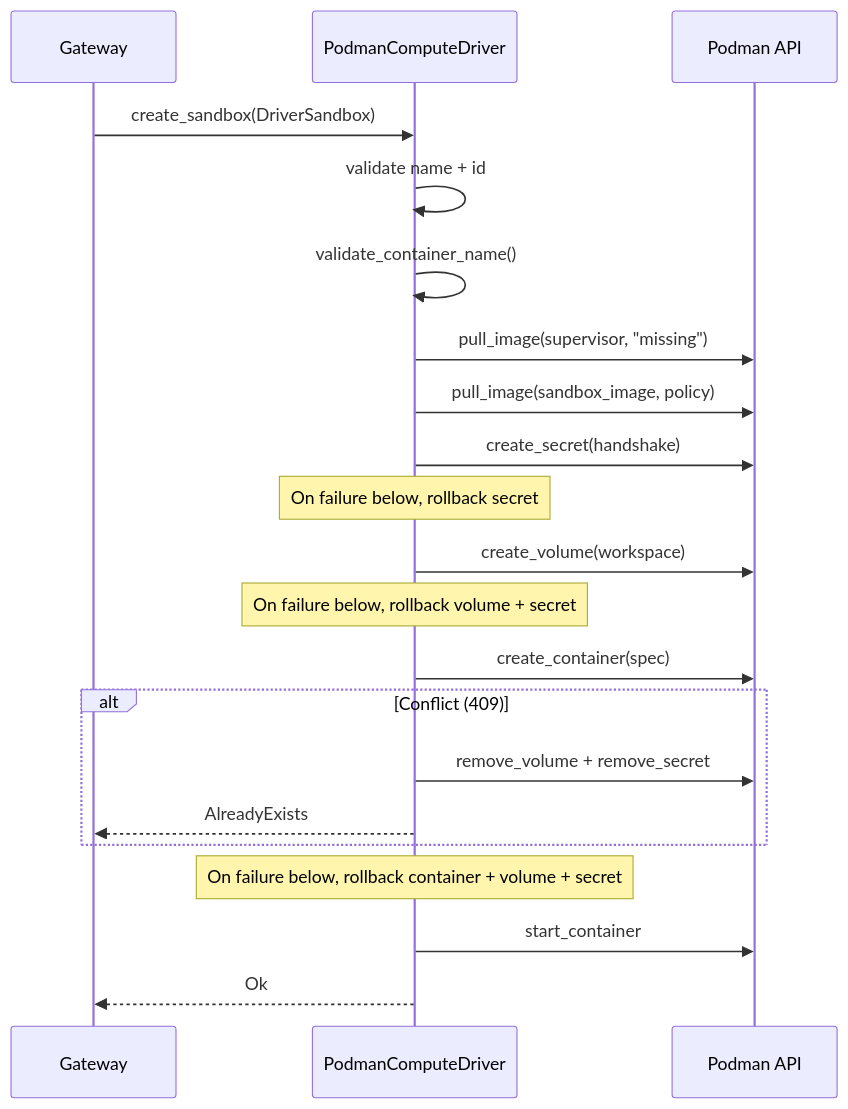
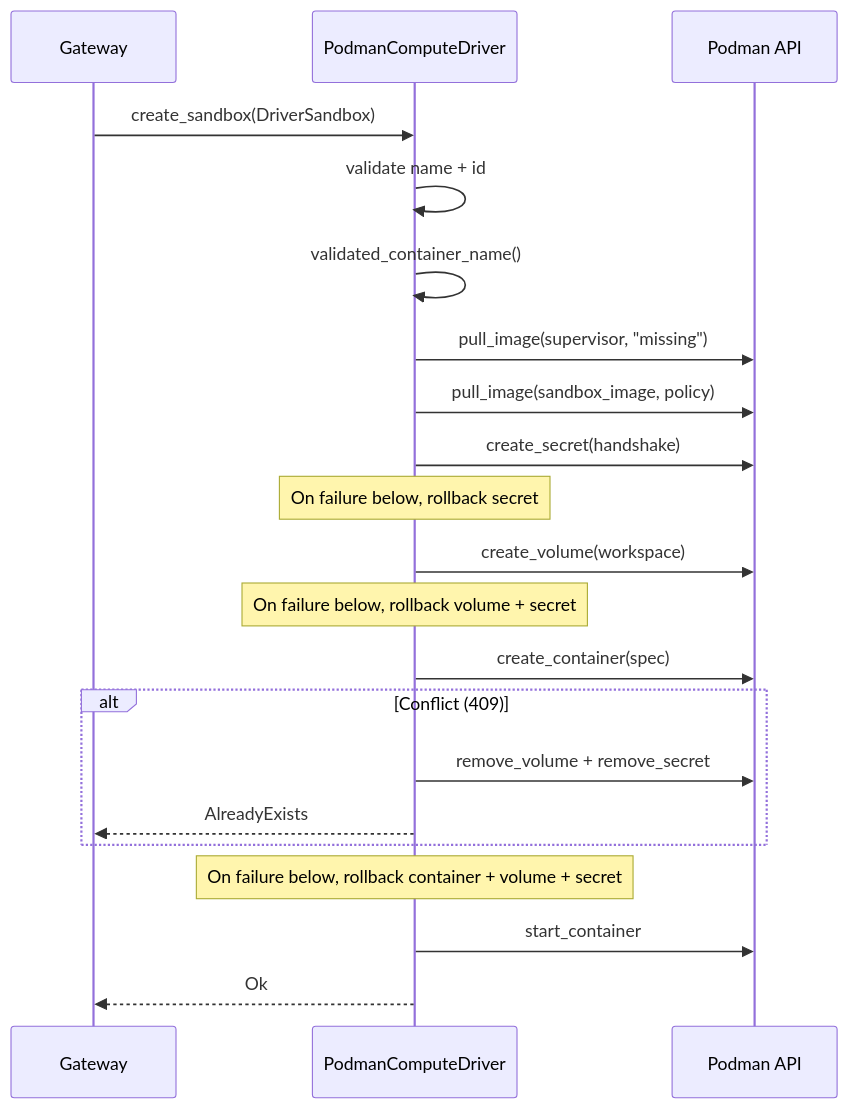
One commit to alessandro-festa/OpenShell changed the fourth of 4 diagrams in architecture/podman-driver.md. Above: the diagram before and after it, drawn with Mermaid. The commit also changed other lines of this file and 2 other files, not shown here.

````diff
--- a/architecture/podman-driver.md
+++ b/architecture/podman-driver.md
@@ -169,29 +169,29 @@
 ```mermaid
 sequenceDiagram
     participant GW as Gateway
     participant D as PodmanComputeDriver
     participant P as Podman API
 
     GW->>D: create_sandbox(DriverSandbox)
     D->>D: validate name + id
-    D->>D: validate_container_name()
+    D->>D: validated_container_name()
 
     D->>P: pull_image(supervisor, "missing")
     D->>P: pull_image(sandbox_image, policy)
 
     D->>P: create_secret(handshake)
     Note over D: On failure below, rollback secret
 
     D->>P: create_volume(workspace)
     Note over D: On failure below, rollback volume + secret
 
     D->>P: create_container(spec)
     alt Conflict (409)
         D->>P: remove_volume + remove_secret
         D-->>GW: AlreadyExists
     end
     Note over D: On failure below, rollback container + volume + secret
 
     D->>P: start_container
     D-->>GW: Ok
 ```
````
